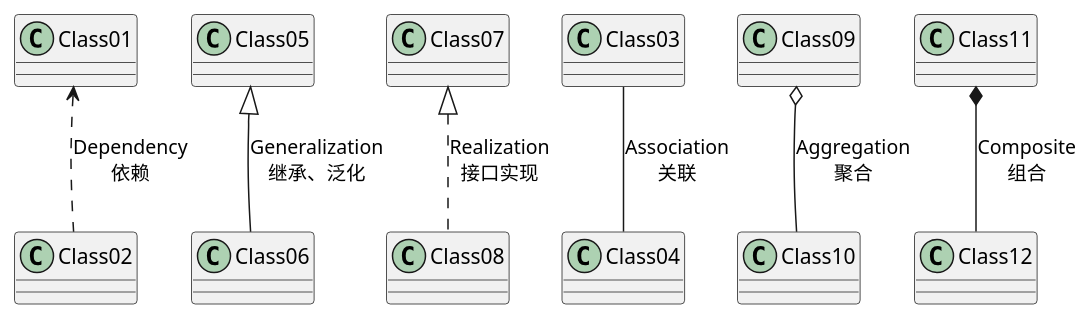
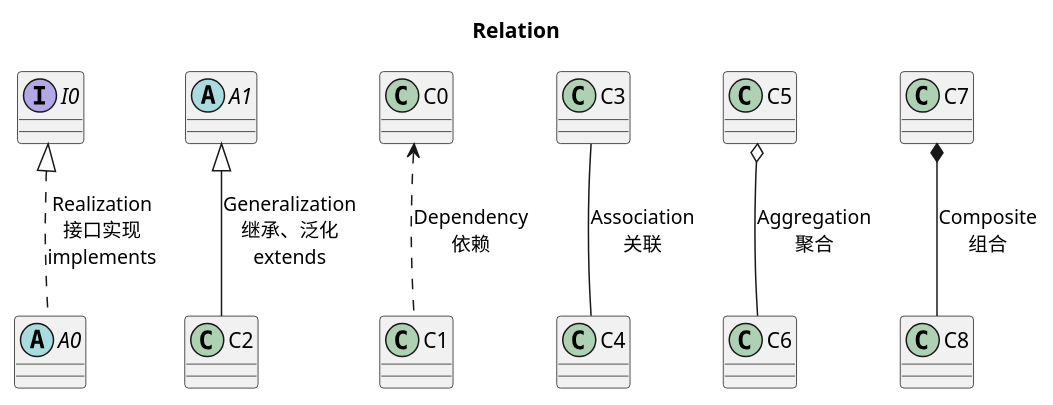
The diagram in boot-pattern/src/main/java/com/ylkget/pattern/uml/relation/Relation.puml (ylksty/spring-hub), drawn with PlantUML before and after one commit. The commit also changed 114 other files, not shown here.

```diff
--- a/boot-pattern/src/main/java/com/ylkget/pattern/uml/relation/Relation.puml
+++ b/boot-pattern/src/main/java/com/ylkget/pattern/uml/relation/Relation.puml
@@ -1,8 +1,12 @@
 @startuml
-Class01 <.. Class02 : Dependency\n依赖
-Class05 <|-- Class06 : Generalization\n继承、泛化
-Class07 <|.. Class08 : Realization\n接口实现
-Class03 -- Class04 : Association\n关联
-Class09 o-- Class10 : Aggregation\n聚合
-Class11 *-- Class12 : Composite\n组合
+title Relation
+Interface I0
+Abstract A0
+Abstract A1
+C0 <.. C1 : Dependency\n依赖
+I0 <|.. A0 : Realization\n接口实现\nimplements
+A1 <|-- C2 : Generalization\n继承、泛化\nextends
+C3 -- C4 : Association\n关联
+C5 o-- C6 : Aggregation\n聚合
+C7 *-- C8 : Composite\n组合
 @enduml
```
